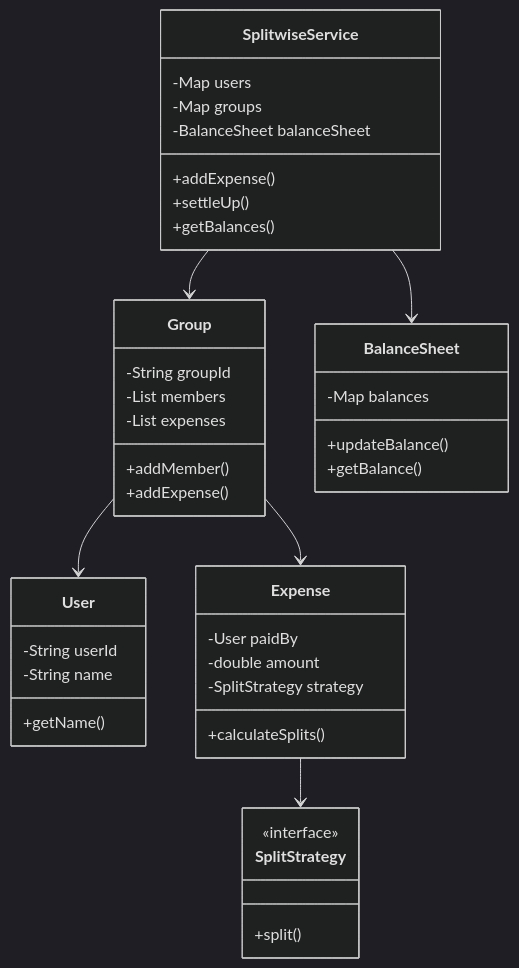
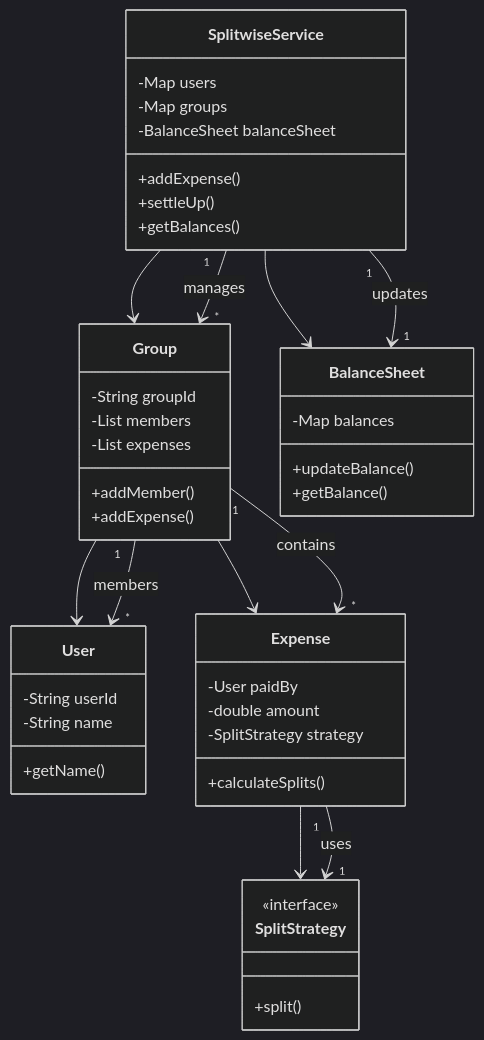
One commit to mthaiseer/springcloud-systemdesign-notes changed diagram 14 of 19 in LLD_NOTES/lld_visual_java_reference_mermaid_full_implementation.md. Above: the diagram before and after it, drawn with Mermaid (dark theme). The commit also changed other lines of this file, not shown here.

````diff
--- a/LLD_NOTES/lld_visual_java_reference_mermaid_full_implementation.md
+++ b/LLD_NOTES/lld_visual_java_reference_mermaid_full_implementation.md
@@ -2626,43 +3050,49 @@
 ```mermaid
 classDiagram
   class SplitwiseService {
     -Map users
     -Map groups
     -BalanceSheet balanceSheet
     +addExpense()
     +settleUp()
     +getBalances()
   }
   class Group {
     -String groupId
     -List members
     -List expenses
     +addMember()
     +addExpense()
   }
   class User {
     -String userId
     -String name
     +getName()
   }
   class Expense {
     -User paidBy
     -double amount
     -SplitStrategy strategy
     +calculateSplits()
   }
   class SplitStrategy {
     <<interface>>
     +split()
   }
   class BalanceSheet {
     -Map balances
     +updateBalance()
     +getBalance()
   }
   SplitwiseService --> Group
   SplitwiseService --> BalanceSheet
   Group --> User
   Group --> Expense
   Expense --> SplitStrategy
+  %% Cardinality relationships
+  SplitwiseService "1" --> "*" Group : manages
+  Group "1" --> "*" User : members
+  Group "1" --> "*" Expense : contains
+  Expense "1" --> "1" SplitStrategy : uses
+  SplitwiseService "1" --> "1" BalanceSheet : updates
 ```
````
